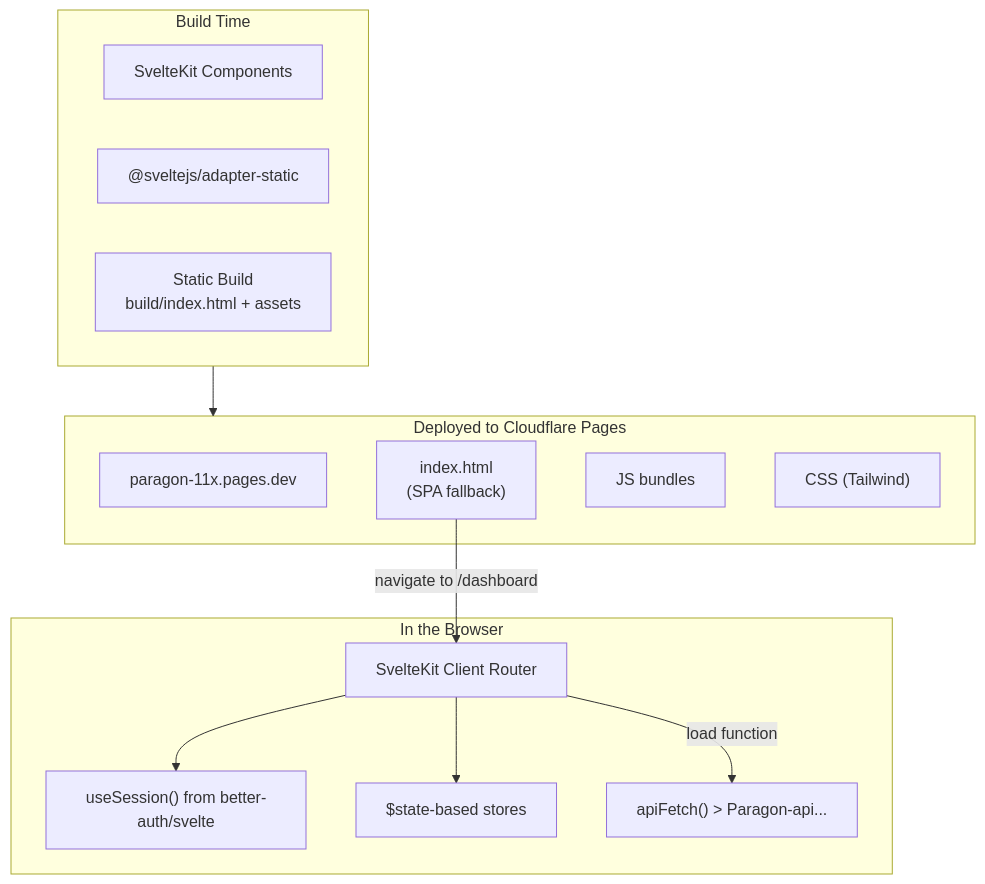
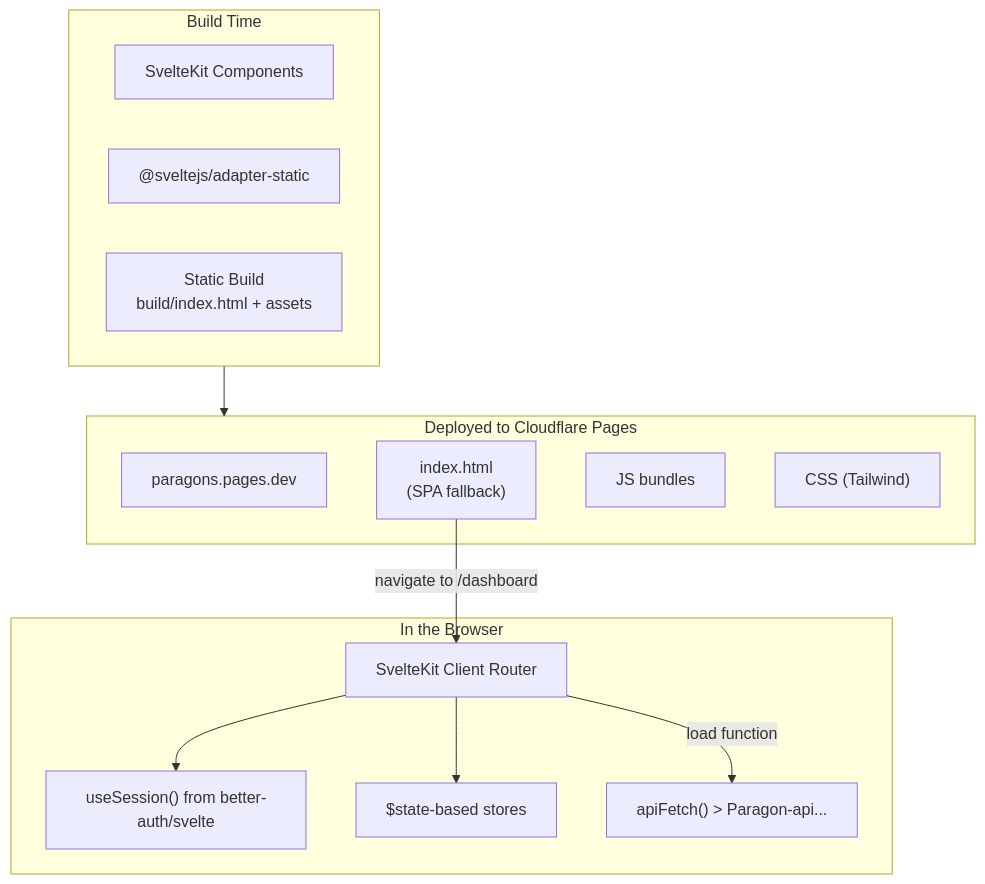
Diagram 17 of 21 in docs/system-design.md (Zyxavy/Paragon), drawn with Mermaid before and after one commit. The commit also changed other lines of this file and 9 other files, not shown here.

Commit message:
fix: rename Pages domain to paragons.pages.dev and address review issues

````diff
--- a/docs/system-design.md
+++ b/docs/system-design.md
@@ -767,28 +767,28 @@
 ```mermaid
 flowchart TB
     subgraph Build["Build Time"]
         Svelte["SvelteKit Components"]
         Adapter["@sveltejs/adapter-static"]
         BuildOut["Static Build<br/>build/index.html + assets"]
     end
 
     subgraph Deploy["Deployed to Cloudflare Pages"]
-        Assets["paragon-11x.pages.dev"]
+        Assets["paragons.pages.dev"]
         Index["index.html<br/>(SPA fallback)"]
         JS["JS bundles"]
         CSS["CSS (Tailwind)"]
     end
 
     subgraph Runtime["In the Browser"]
         Router["SvelteKit Client Router"]
         Auth["useSession() from better-auth/svelte"]
         Stores["$state-based stores"]
         API["apiFetch() > Paragon-api..."]
     end
 
     Build --> Deploy
     Index -->|"navigate to /dashboard"| Router
     Router -->|"load function"| API
     Router --> Auth
     Router --> Stores
 ```
````
